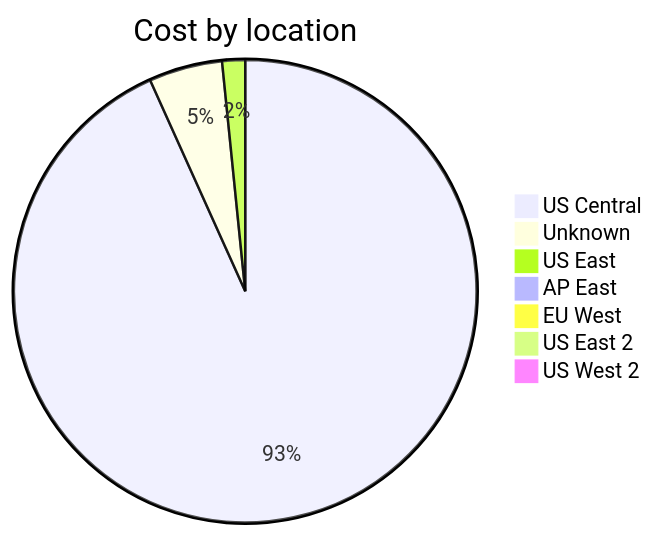
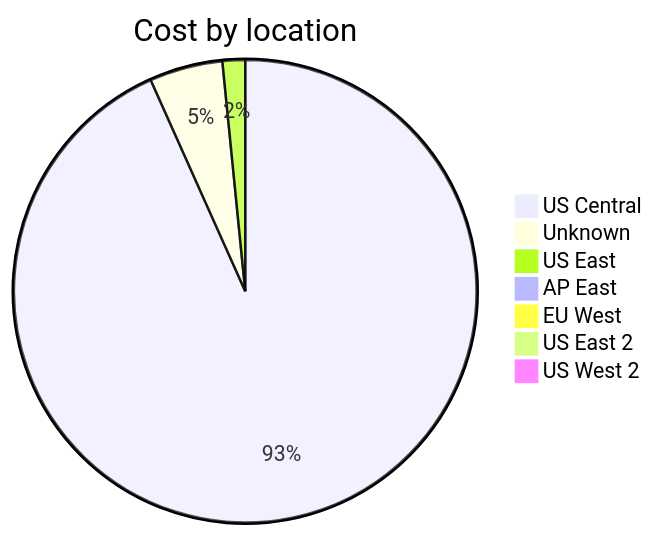
Before and after one commit to jpfulton/azure-personal-reports: the third of 4 diagrams in cost-reports/accumulated-cost.md, drawn with Mermaid. The commit also changed other lines of this file and 4 other files, not shown here.

````diff
--- a/cost-reports/accumulated-cost.md
+++ b/cost-reports/accumulated-cost.md
@@ -121,11 +121,11 @@
 ```mermaid
 pie
    title Cost by location
-   "US Central" : 11.63
-   "Unknown" : 0.64
-   "US East" : 0.20
+   "US Central" : 12.40
+   "Unknown" : 0.68
+   "US East" : 0.21
    "AP East" : 0.00
    "EU West" : 0.00
    "US East 2" : 0.00
    "US West 2" : 0.00
 ```
````
